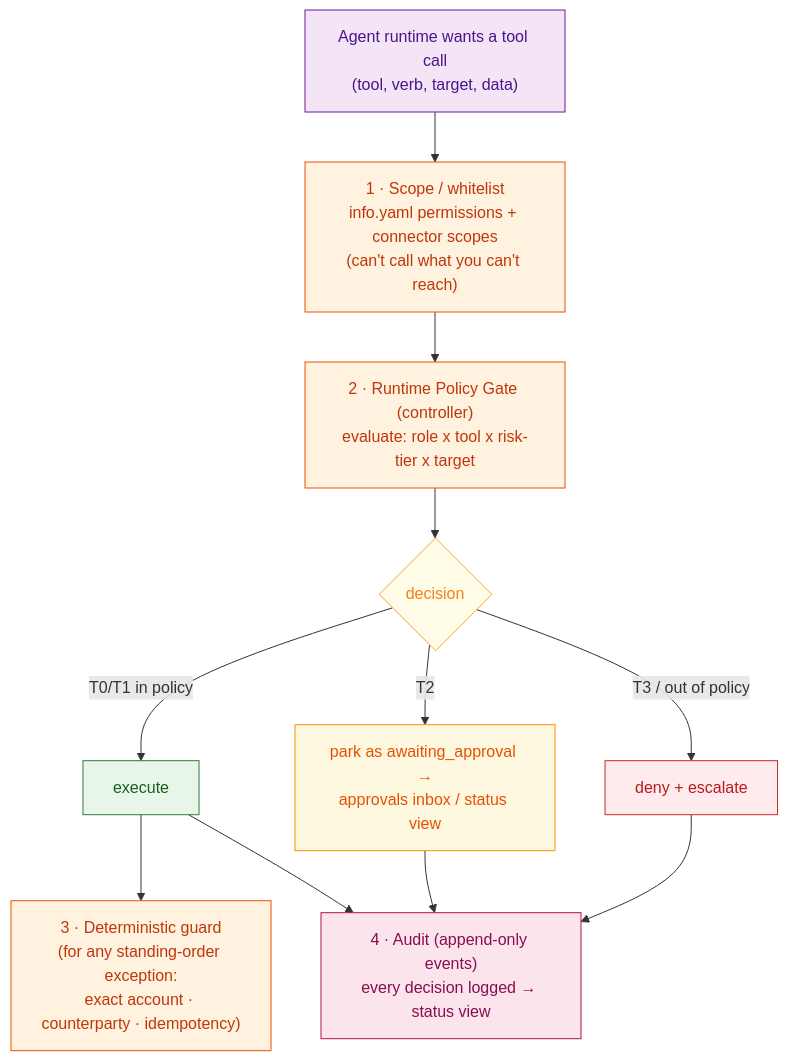
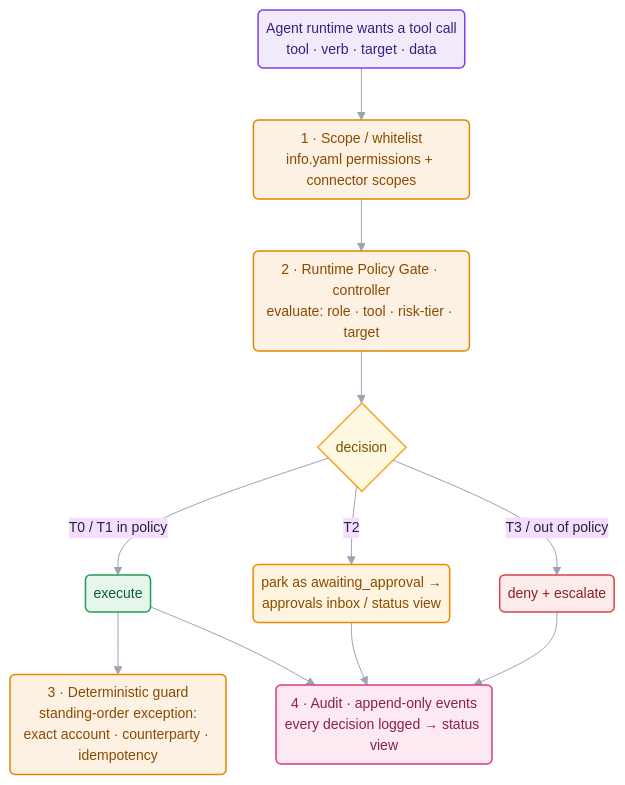
The second of 2 diagrams in docs/governance.md (vic4code/digital-colleague-prototype), drawn with Mermaid before and after one commit. The commit also changed other lines of this file and 1 other file, not shown here.

First line of the commit message:
docs: restyle roadmap and governance diagrams with a cohesive theme

````diff
--- a/docs/governance.md
+++ b/docs/governance.md
@@ -175,27 +177,28 @@
 ```mermaid
+%%{init: {'theme':'base','themeVariables':{'fontFamily':'ui-sans-serif, Segoe UI, Roboto, Helvetica, Arial','fontSize':'14px','lineColor':'#9aa4b2','primaryTextColor':'#1f2733','clusterBkg':'#f7f9fc','clusterBorder':'#cdd5e0'},'flowchart':{'curve':'basis','nodeSpacing':50,'rankSpacing':52,'padding':8}}}%%
 flowchart TB
-    A["Agent runtime wants a tool call<br/>(tool, verb, target, data)"]:::exec
-    L1c["1 · Scope / whitelist<br/>info.yaml permissions + connector scopes<br/>(can't call what you can't reach)"]:::gate
-    L2c["2 · Runtime Policy Gate (controller)<br/>evaluate: role x tool x risk-tier x target"]:::gate
+    A("Agent runtime wants a tool call<br/>tool · verb · target · data"):::exec
+    L1c("1 · Scope / whitelist<br/>info.yaml permissions + connector scopes"):::gate
+    L2c("2 · Runtime Policy Gate · controller<br/>evaluate: role · tool · risk-tier · target"):::gate
     DEC{"decision"}:::dec
-    L3c["3 · Deterministic guard<br/>(for any standing-order exception:<br/>exact account · counterparty · idempotency)"]:::gate
-    ALLOW["execute"]:::ok
-    APPROVE["park as awaiting_approval →<br/>approvals inbox / status view"]:::warn
-    DENY["deny + escalate"]:::bad
-    AUD["4 · Audit (append-only events)<br/>every decision logged → status view"]:::view
+    L3c("3 · Deterministic guard<br/>standing-order exception:<br/>exact account · counterparty · idempotency"):::gate
+    ALLOW("execute"):::ok
+    APPROVE("park as awaiting_approval →<br/>approvals inbox / status view"):::warn
+    DENY("deny + escalate"):::bad
+    AUD("4 · Audit · append-only events<br/>every decision logged → status view"):::view
 
     A --> L1c --> L2c --> DEC
-    DEC -->|T0/T1 in policy| ALLOW
+    DEC -->|T0 / T1 in policy| ALLOW
     DEC -->|T2| APPROVE
     DEC -->|T3 / out of policy| DENY
     ALLOW --> L3c
     ALLOW & APPROVE & DENY --> AUD
 
-    classDef exec fill:#f3e5f5,stroke:#6a1b9a,color:#4a148c;
-    classDef gate fill:#fff3e0,stroke:#e65100,color:#bf360c;
-    classDef dec fill:#fffde7,stroke:#f9a825,color:#f57f17;
-    classDef ok fill:#e8f5e9,stroke:#2e7d32,color:#1b5e20;
-    classDef warn fill:#fff8e1,stroke:#ff8f00,color:#e65100;
-    classDef bad fill:#ffebee,stroke:#c62828,color:#b71c1c;
-    classDef view fill:#fce4ec,stroke:#ad1457,color:#880e4f;
+    classDef exec fill:#f1eafb,stroke:#7a3ff2,stroke-width:1.5px,color:#3d1f80;
+    classDef gate fill:#fdf1e3,stroke:#e08600,stroke-width:1.5px,color:#8a4b00;
+    classDef dec fill:#fff8e1,stroke:#f5a623,stroke-width:1.5px,color:#7a5300;
+    classDef ok fill:#e7f6ec,stroke:#1f9d57,stroke-width:1.5px,color:#0f5c31;
+    classDef warn fill:#fff4e0,stroke:#ef8a00,stroke-width:1.5px,color:#8a4b00;
+    classDef bad fill:#fdecec,stroke:#d64545,stroke-width:1.5px,color:#8a2020;
+    classDef view fill:#fce9f1,stroke:#d93b84,stroke-width:1.5px,color:#8a1f52;
 ```
````
